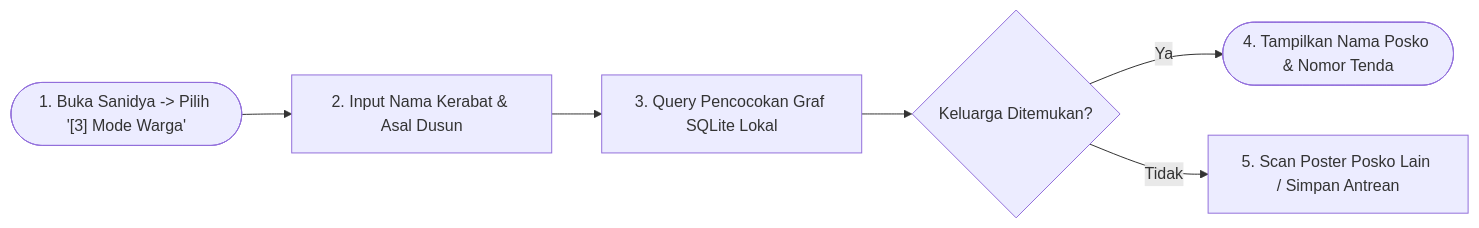
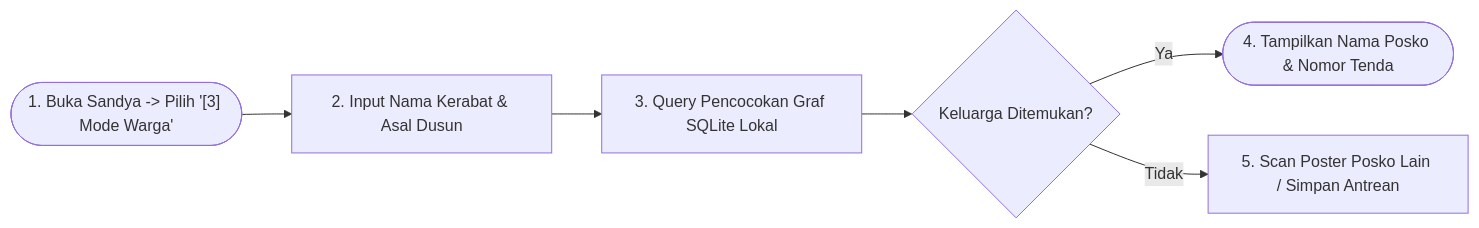
One commit to untacorp/sandya changed the first of 2 diagrams in docs/userflow/roles/07-warga-dan-tamu.md. Above: the diagram before and after it, drawn with Mermaid. The commit also changed other lines of this file and 218 other files, not shown here.

First line of the commit message:
feat: complete Sandya rebranding, local-first sqlite to cloud pipeline, zero-mock cleanup, and production metadata

````diff
--- a/docs/userflow/roles/07-warga-dan-tamu.md
+++ b/docs/userflow/roles/07-warga-dan-tamu.md
@@ -40,8 +40,8 @@
 ```mermaid
 flowchart LR
-    A(["1. Buka Sanidya -> Pilih '[3] Mode Warga'"]) --> B["2. Input Nama Kerabat & Asal Dusun"]
-    B --> C["3. Query Pencocokan Graf SQLite Lokal"]
-    C --> D{"Keluarga Ditemukan?"}
-    D -->|Ya| E(["4. Tampilkan Nama Posko & Nomor Tenda"])
-    D -->|Tidak| F["5. Scan Poster Posko Lain / Simpan Antrean"]
+  A(["1. Buka Sandya -> Pilih '[3] Mode Warga'"]) --> B["2. Input Nama Kerabat & Asal Dusun"]
+  B --> C["3. Query Pencocokan Graf SQLite Lokal"]
+  C --> D{"Keluarga Ditemukan?"}
+  D -->|Ya| E(["4. Tampilkan Nama Posko & Nomor Tenda"])
+  D -->|Tidak| F["5. Scan Poster Posko Lain / Simpan Antrean"]
 ```
````
